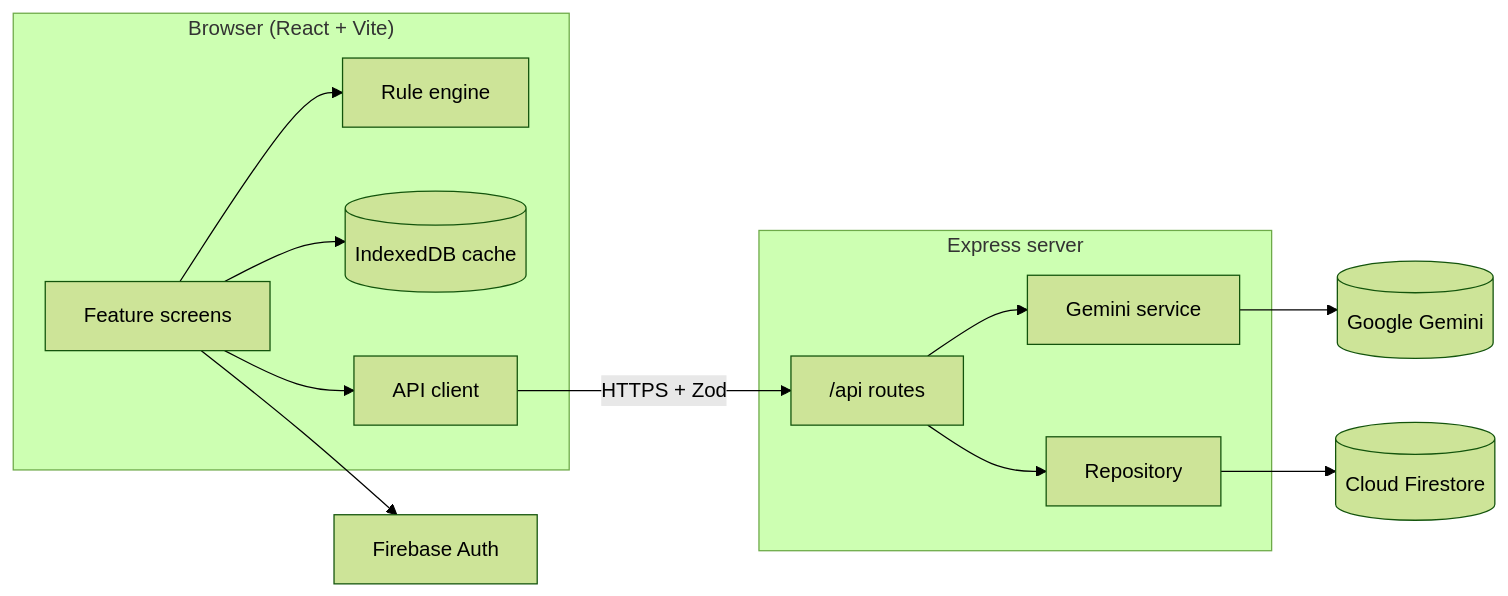
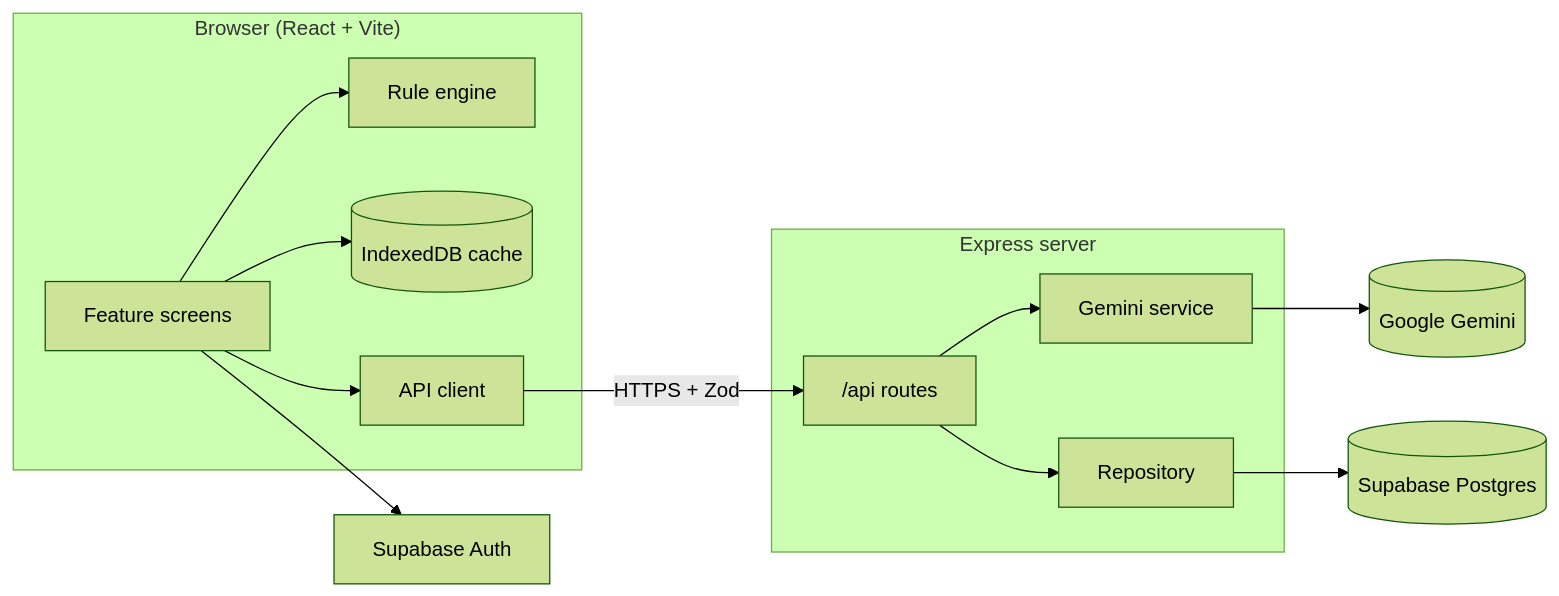
One commit to baodangerous/aisc2026 changed the diagram in README.md. Above: the diagram before and after it, drawn with Mermaid (forest theme). The commit also changed other lines of this file and 14 other files, not shown here.

````diff
--- a/README.md
+++ b/README.md
@@ -129,18 +128,18 @@
 ```mermaid
 flowchart LR
   subgraph Client["Browser (React + Vite)"]
     UI[Feature screens] --> Rules[Rule engine]
     UI --> IDB[(IndexedDB cache)]
     UI --> API[API client]
   end
 
   subgraph Server["Express server"]
     Routes["/api routes"] --> Gemini[Gemini service]
     Routes --> Repo[Repository]
   end
 
   API -->|HTTPS + Zod| Routes
   Gemini --> GoogleAI[(Google Gemini)]
-  Repo --> Firestore[(Cloud Firestore)]
-  UI --> Auth[Firebase Auth]
+    Repo --> Postgres[(Supabase Postgres)]
+  UI --> Auth[Supabase Auth]
 ```
````
